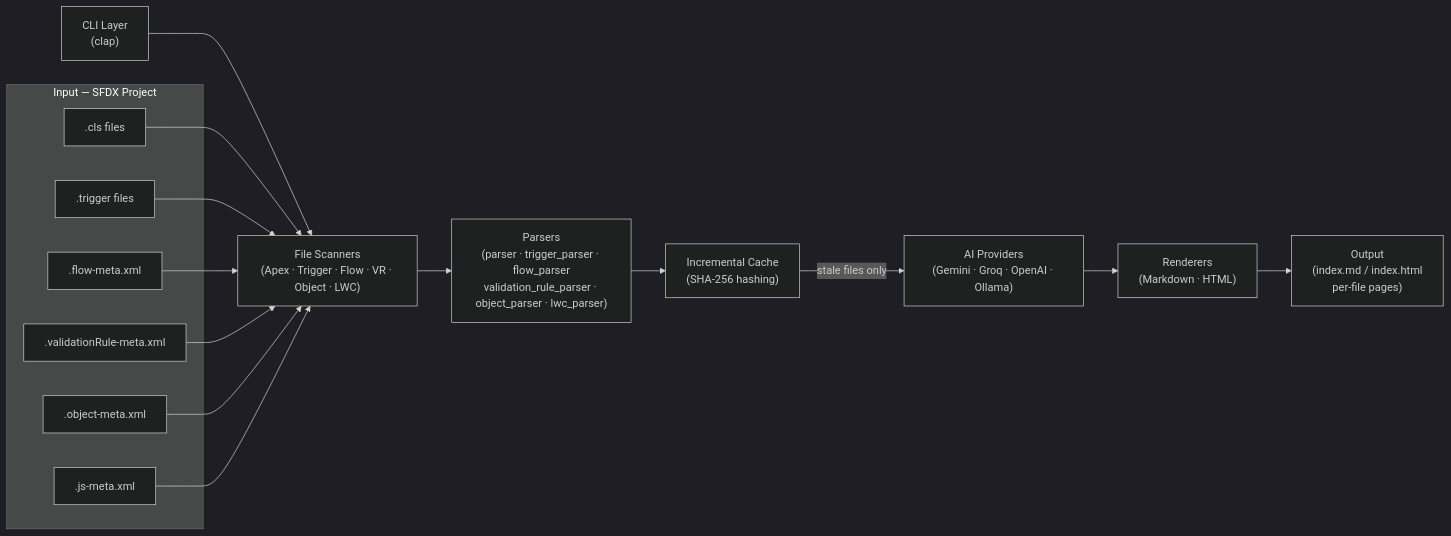
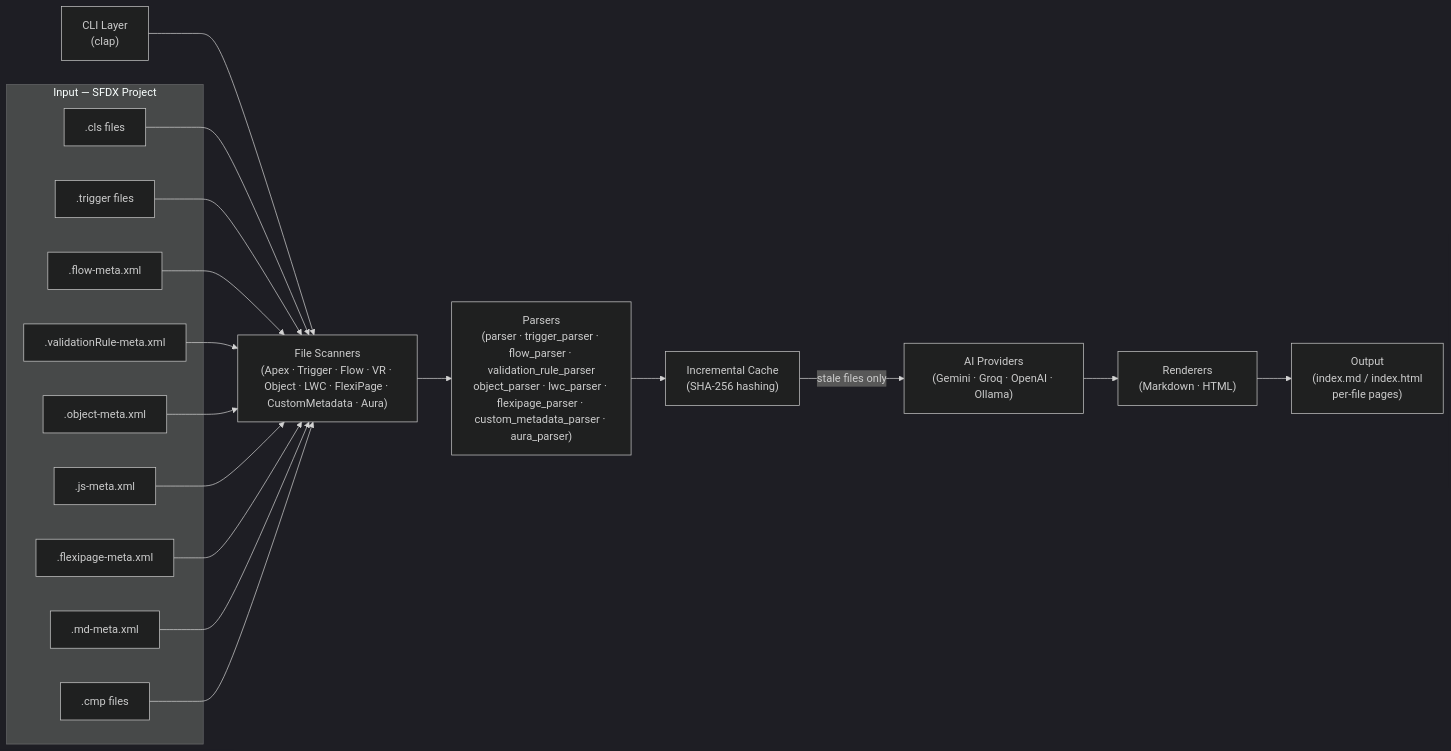
The first of 2 diagrams in project-plan.md (russellwtaylor/sf-docs), drawn with Mermaid (dark theme) before and after one commit. The commit also changed other lines of this file and 17 other files, not shown here.

````diff
--- a/project-plan.md
+++ b/project-plan.md
@@ -90,20 +90,23 @@
 ```mermaid
 flowchart LR
-    CLI["CLI Layer\n(clap)"] --> Scanner["File Scanners\n(Apex · Trigger · Flow · VR · Object · LWC)"]
-    Scanner --> Parser["Parsers\n(parser · trigger_parser · flow_parser\nvalidation_rule_parser · object_parser · lwc_parser)"]
+    CLI["CLI Layer\n(clap)"] --> Scanner["File Scanners\n(Apex · Trigger · Flow · VR · Object · LWC · FlexiPage · CustomMetadata · Aura)"]
+    Scanner --> Parser["Parsers\n(parser · trigger_parser · flow_parser · validation_rule_parser\nobject_parser · lwc_parser · flexipage_parser · custom_metadata_parser · aura_parser)"]
     Parser --> Cache["Incremental Cache\n(SHA-256 hashing)"]
     Cache -->|stale files only| AI["AI Providers\n(Gemini · Groq · OpenAI · Ollama)"]
     AI --> Renderer["Renderers\n(Markdown · HTML)"]
     Renderer --> Output["Output\n(index.md / index.html\nper-file pages)"]
 
     subgraph input [Input — SFDX Project]
         Cls[".cls files"]
         Trg[".trigger files"]
         Flw[".flow-meta.xml"]
         VR[".validationRule-meta.xml"]
         Obj[".object-meta.xml"]
         LWC[".js-meta.xml"]
+        FP[".flexipage-meta.xml"]
+        CMD[".md-meta.xml"]
+        Aura[".cmp files"]
     end
 
-    Cls & Trg & Flw & VR & Obj & LWC --> Scanner
+    Cls & Trg & Flw & VR & Obj & LWC & FP & CMD & Aura --> Scanner
 ```
````
